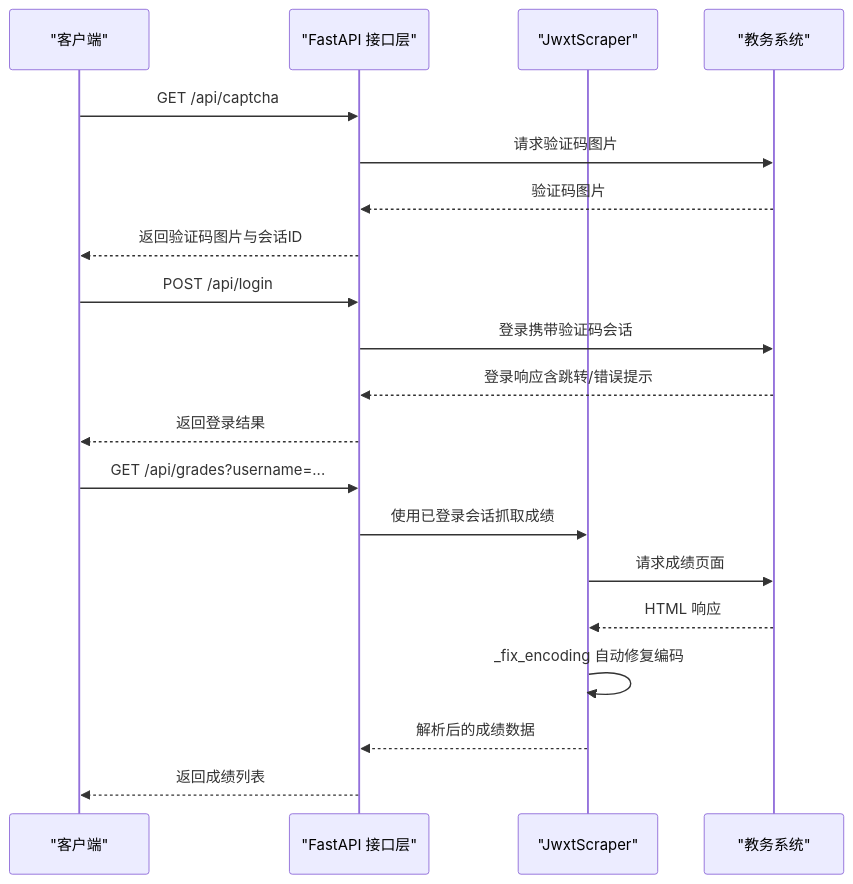
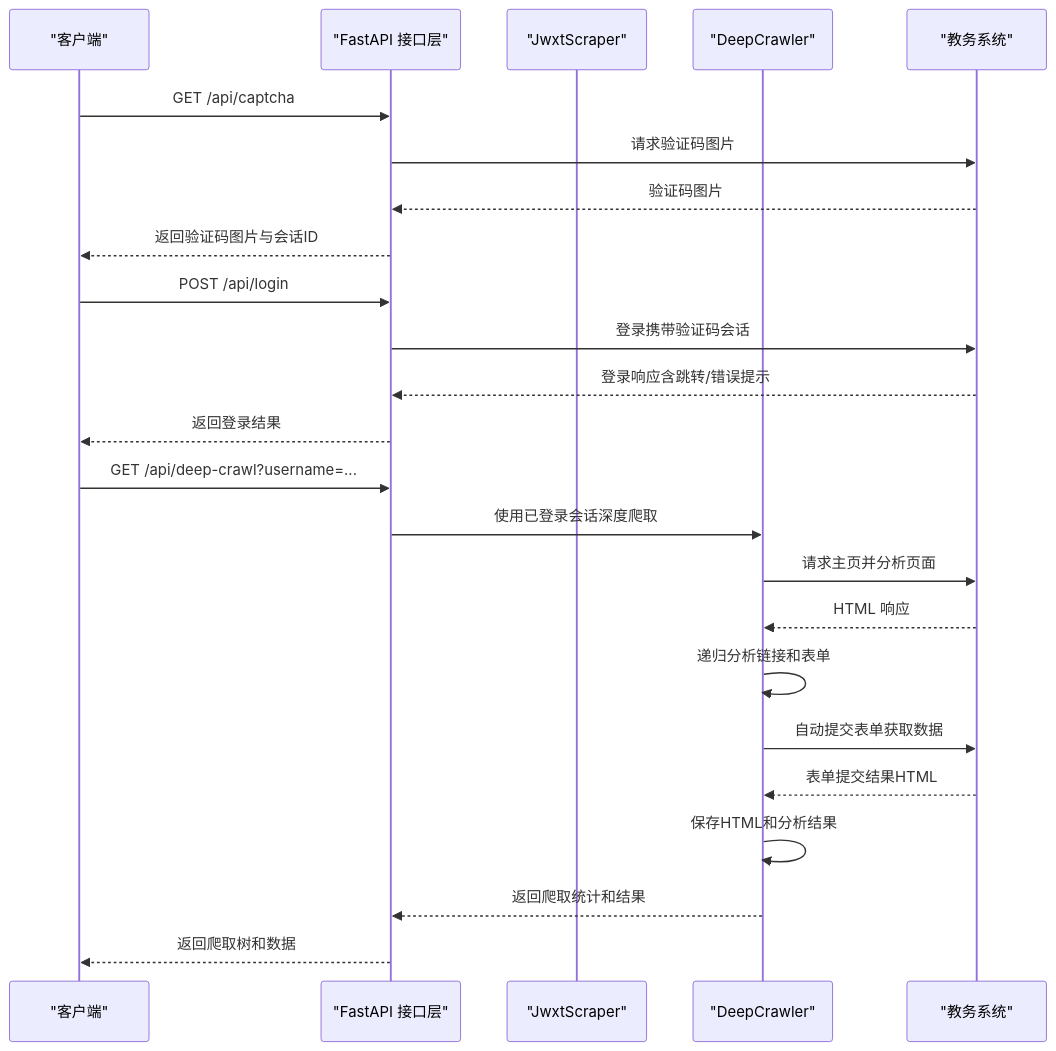
One commit to ghbbn053-ship-itsoulddog/soulddog changed the second of 6 diagrams in .qoder/repowiki/zh/content/开发指南/扩展点与插件/爬虫模块扩展/爬虫模块扩展.md. Above: the diagram before and after it, drawn with Mermaid. The commit also changed other lines of this file and 47 other files, not shown here.

````diff
--- a/.qoder/repowiki/zh/content/开发指南/扩展点与插件/爬虫模块扩展/爬虫模块扩展.md
+++ b/.qoder/repowiki/zh/content/开发指南/扩展点与插件/爬虫模块扩展/爬虫模块扩展.md
@@ -113,22 +139,26 @@
 ```mermaid
 sequenceDiagram
 participant Client as "客户端"
 participant API as "FastAPI 接口层"
 participant SCR as "JwxtScraper"
+participant DEEP as "DeepCrawler"
 participant JWXT as "教务系统"
 Client->>API : GET /api/captcha
 API->>JWXT : 请求验证码图片
 JWXT-->>API : 验证码图片
 API-->>Client : 返回验证码图片与会话ID
 Client->>API : POST /api/login
 API->>JWXT : 登录携带验证码会话
 JWXT-->>API : 登录响应含跳转/错误提示
 API-->>Client : 返回登录结果
-Client->>API : GET /api/grades?username=...
-API->>SCR : 使用已登录会话抓取成绩
-SCR->>JWXT : 请求成绩页面
-JWXT-->>SCR : HTML 响应
-SCR->>SCR : _fix_encoding 自动修复编码
-SCR-->>API : 解析后的成绩数据
-API-->>Client : 返回成绩列表
+Client->>API : GET /api/deep-crawl?username=...
+API->>DEEP : 使用已登录会话深度爬取
+DEEP->>JWXT : 请求主页并分析页面
+JWXT-->>DEEP : HTML 响应
+DEEP->>DEEP : 递归分析链接和表单
+DEEP->>JWXT : 自动提交表单获取数据
+JWXT-->>DEEP : 表单提交结果HTML
+DEEP->>DEEP : 保存HTML和分析结果
+DEEP-->>API : 返回爬取统计和结果
+API-->>Client : 返回爬取树和数据
 ```
````
